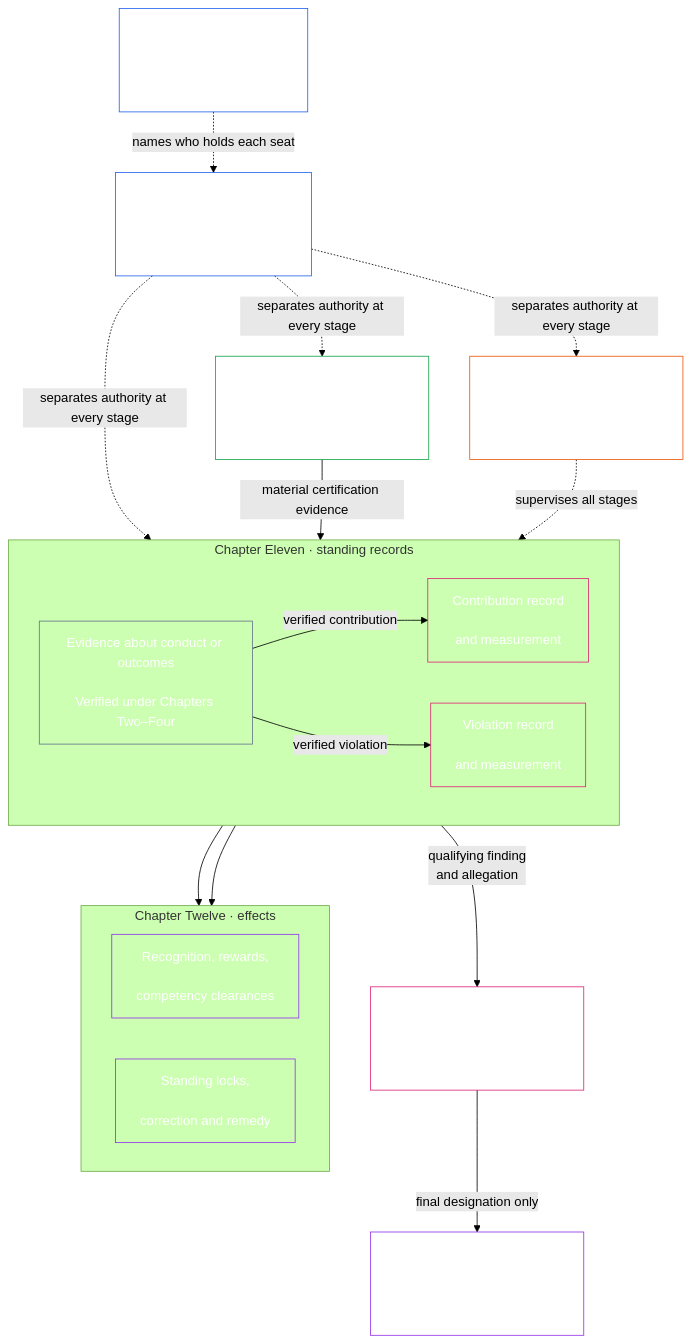
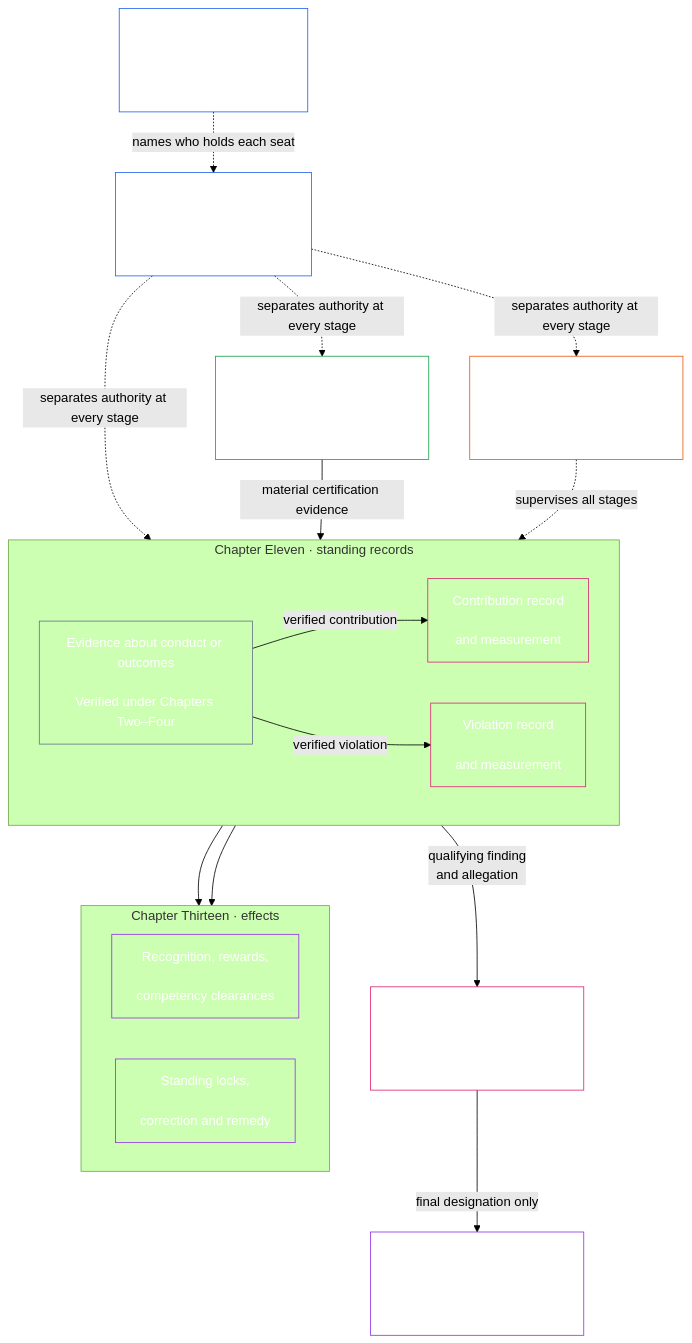
Before and after one commit to kfoelsch/Sentient_Constitution: diagram 15 of 24 in guides/CONCEPTUAL_OVERVIEW.md, drawn with Mermaid (forest theme). The commit also changed other lines of this file and 401 other files, not shown here.

First line of the commit message:
Chapters Twelve to Nineteen renumbered to Thirteen to Twenty (move 363, stage 1 of 3)

````diff
--- a/guides/CONCEPTUAL_OVERVIEW.md
+++ b/guides/CONCEPTUAL_OVERVIEW.md
@@ -711,43 +711,43 @@
 ```mermaid
 flowchart TB
     K["Chapter Seven<br/><br/>System and Institutional<br/>Charters"]
     D["Chapter Eight<br/><br/>Functional independence<br/>and separation of duties"]
     S["Chapter Nine<br/><br/>System alignment certification"]
     subgraph Q["Chapter Eleven · standing records"]
         direction LR
         E["Evidence about conduct or outcomes<br/><br/>Verified under Chapters Two–Four"]
         C["Contribution record<br/><br/>and measurement"]
         V["Violation record<br/><br/>and measurement"]
     end
-    subgraph N["Chapter Twelve · effects"]
+    subgraph N["Chapter Thirteen · effects"]
         direction LR
         U["Recognition, rewards,<br/><br/>competency clearances"]
         R["Standing locks,<br/><br/>correction and remedy"]
     end
-    M["Chapter Thirteen<br/><br/>Anti-constitutional misconduct review"]
-    L["Chapter Twelve<br/><br/>Anti-Constitutional Trust Lock"]
-    F["Chapter Fourteen forums<br/><br/>Supervision, challenge and timely review"]
+    M["Chapter Fourteen<br/><br/>Anti-constitutional misconduct review"]
+    L["Chapter Thirteen<br/><br/>Anti-Constitutional Trust Lock"]
+    F["Chapter Fifteen forums<br/><br/>Supervision, challenge and timely review"]
     K -.->|names who holds each seat| D
     D -.->|separates authority at every stage| S
     D -.->|separates authority at every stage| E
     D -.->|separates authority at every stage| F
     C --> U
     V --> R
     M -->|final designation only| L
     V -->|qualifying finding<br/>and allegation| M
     S -->|material certification evidence| E
     E -->|verified contribution| C
     E -->|verified violation| V
     F -.->|supervises all stages| E
     style K fill:none,stroke:#2563eb,color:#ffffff
     style D fill:none,stroke:#2563eb,color:#ffffff
     style S fill:none,stroke:#16a34a,color:#ffffff
     style E fill:none,stroke:#64748b,color:#ffffff
     style C fill:none,stroke:#db2777,color:#ffffff
     style V fill:none,stroke:#db2777,color:#ffffff
     style U fill:none,stroke:#9333ea,color:#ffffff
     style R fill:none,stroke:#9333ea,color:#ffffff
     style M fill:none,stroke:#db2777,color:#ffffff
     style L fill:none,stroke:#9333ea,color:#ffffff
     style F fill:none,stroke:#ea580c,color:#ffffff
 ```
````
